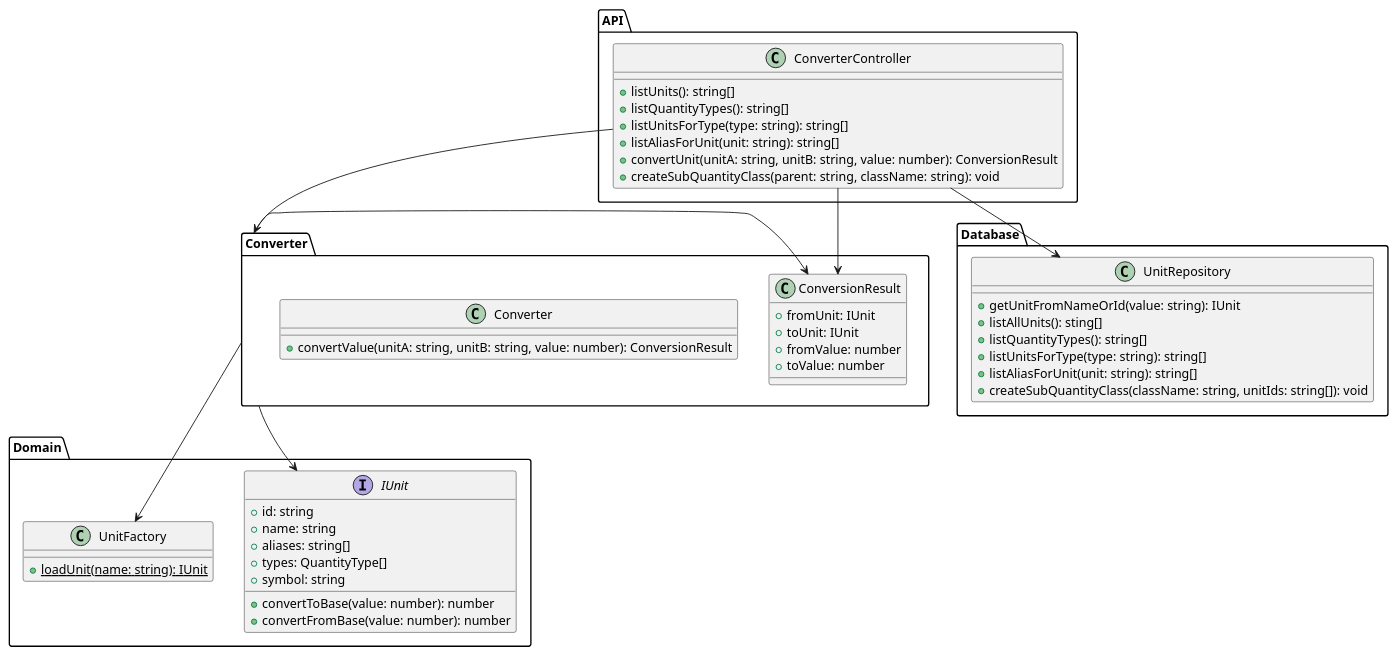
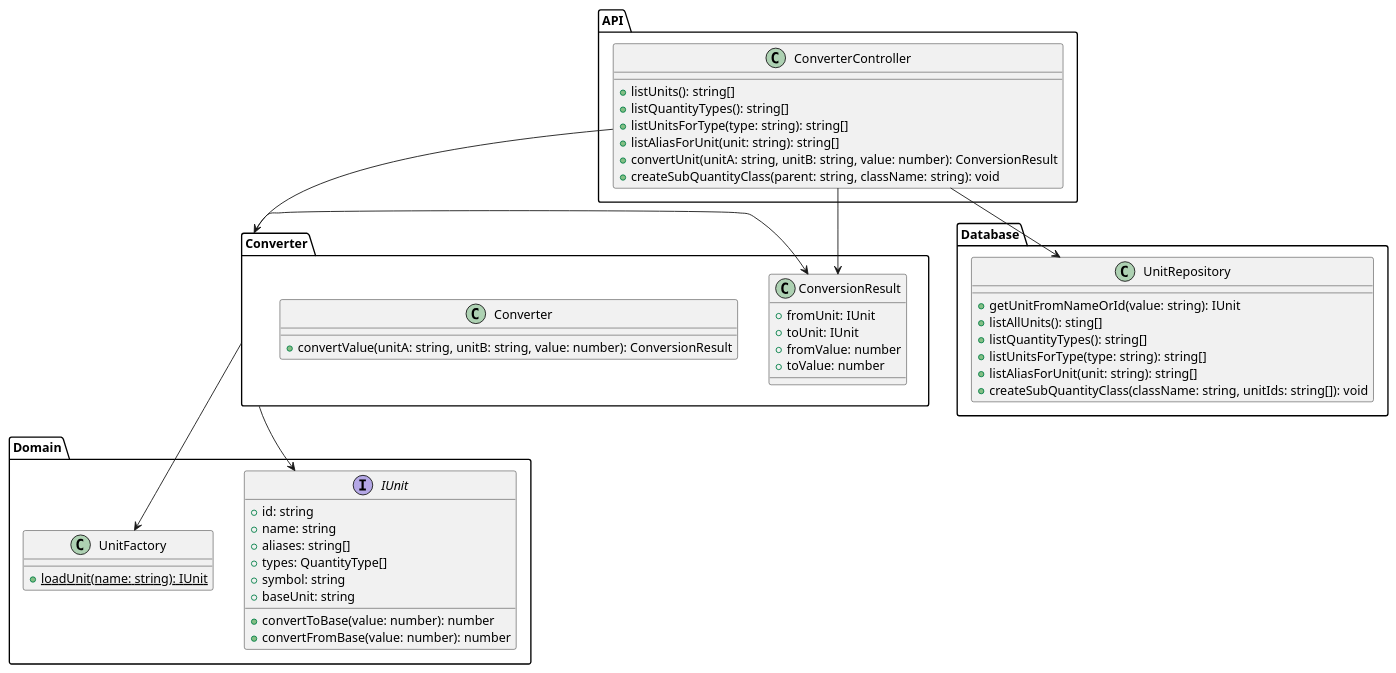
Before and after one commit to heig-vkaelin/ikt300-project: the diagram in docs/uml-class-overview.plantuml, drawn with PlantUML. The commit also changed 8 other files, not shown here.

Commit message:
Add base unit to unit types, check matching base

```diff
--- a/docs/uml-class-overview.plantuml
+++ b/docs/uml-class-overview.plantuml
@@ -1,60 +1,61 @@
 @startuml uml-class-converter
 
 package "API" {
   class ConverterController {
     + listUnits(): string[]
     + listQuantityTypes(): string[]
     + listUnitsForType(type: string): string[]
     + listAliasForUnit(unit: string): string[]
     + convertUnit(unitA: string, unitB: string, value: number): ConversionResult
     + createSubQuantityClass(parent: string, className: string): void
   }
 }
 
 package "Converter" {
   class Converter {
     + convertValue(unitA: string, unitB: string, value: number): ConversionResult
   }
 
   class ConversionResult {
     + fromUnit: IUnit
     + toUnit: IUnit
     + fromValue: number
     + toValue: number
   }
 }
 
 package "Domain" {
   interface IUnit {
     + id: string
     + name: string
     + aliases: string[]
     + types: QuantityType[]
     + symbol: string
+    + baseUnit: string
     + convertToBase(value: number): number
     + convertFromBase(value: number): number
   }
   class UnitFactory {
     + {static} loadUnit(name: string): IUnit
   }
 }
 
 package "Database" {
   class UnitRepository {
     + getUnitFromNameOrId(value: string): IUnit
     + listAllUnits(): sting[]
     + listQuantityTypes(): string[]
     + listUnitsForType(type: string): string[]
     + listAliasForUnit(unit: string): string[]
     + createSubQuantityClass(className: string, unitIds: string[]): void
   }
 }
 
 ConverterController --> Converter
 ConverterController --> ConversionResult
 ConverterController --> UnitRepository
 Converter -LEFT-> ConversionResult
 Converter --> IUnit
 Converter --> UnitFactory
 
 @enduml
```
